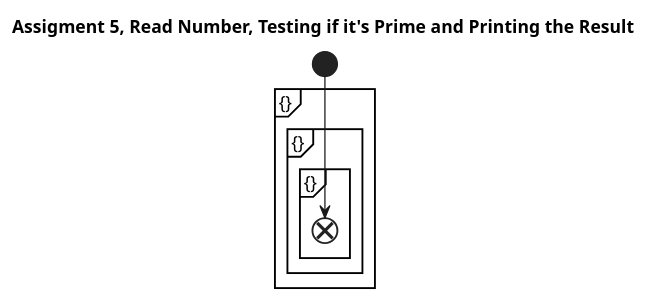
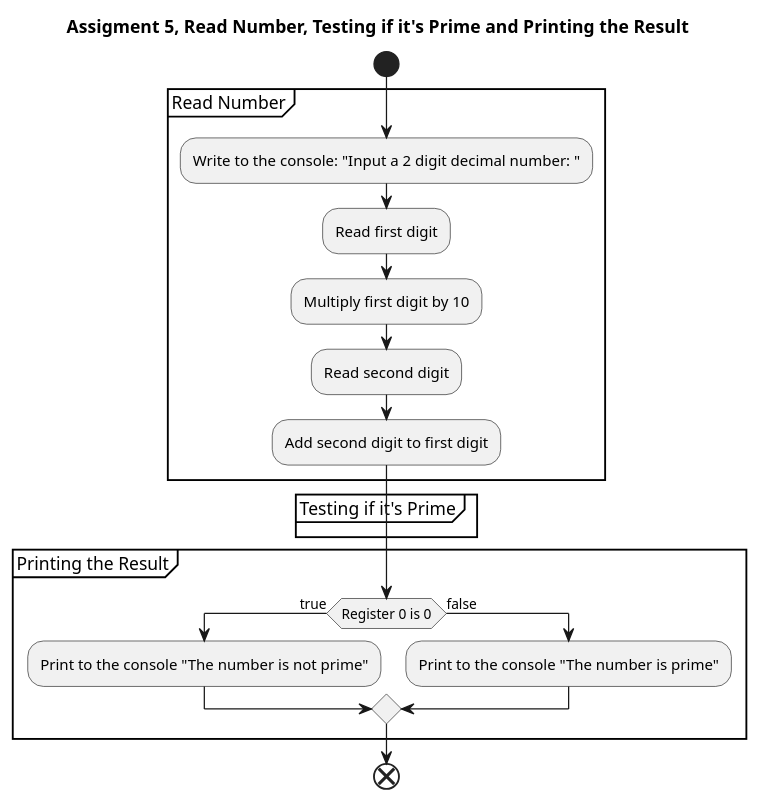
The diagram in diagrams/assignment_5.pu (TobyNatooor/machine-prog-group-1), drawn with PlantUML before and after one commit.

```diff
--- a/diagrams/assignment_5.pu
+++ b/diagrams/assignment_5.pu
@@ -1,15 +1,29 @@
 @startuml assignment_5
 skinparam linetype ortho
 hide empty methods
 hide empty fields
 hide circle
 
 title Assigment 5, Read Number, Testing if it's Prime and Printing the Result
 
 start
-partition  {}
-partition {}
-partition {}
+partition "Read Number" {
+:Write to the console: "Input a 2 digit decimal number: ";
+:Read first digit;
+:Multiply first digit by 10;
+:Read second digit;
+:Add second digit to first digit;
+}
+partition "Testing if it's Prime" {
+
+}
+partition "Printing the Result" {
+if (Register 0 is 0) then (true)
+:Print to the console "The number is not prime";
+else (false)
+:Print to the console "The number is prime";
+endif
+}
 end
 
 @enduml
```
